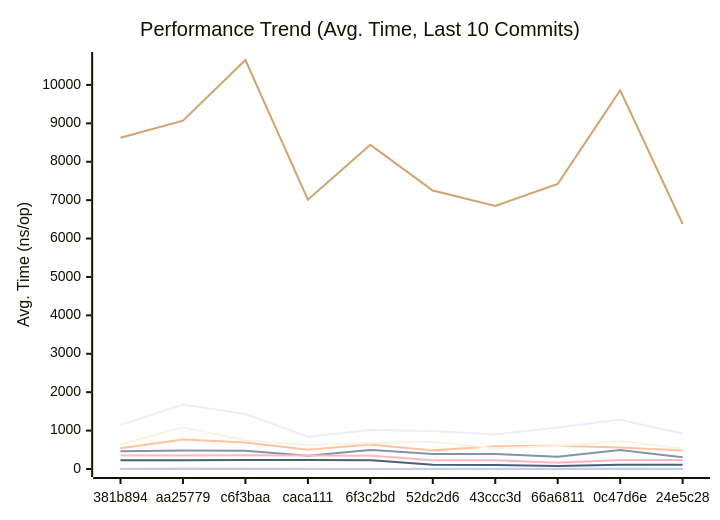
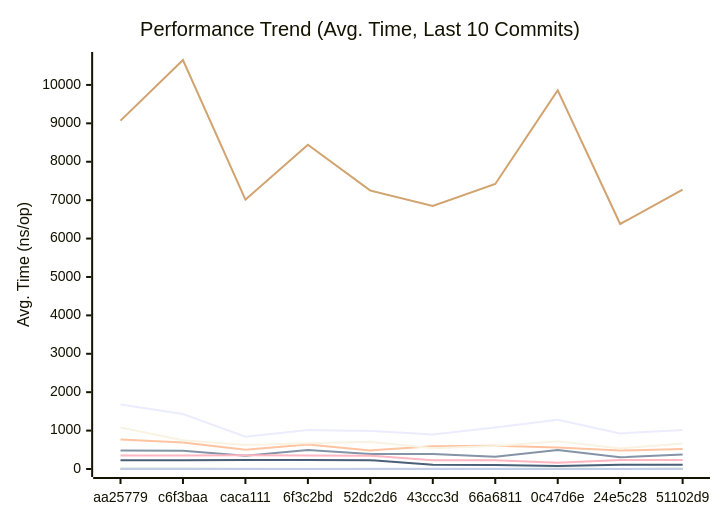
The first of 3 diagrams in docs/PERFORMANCE.md (alsotoes/momo), drawn with Mermaid before and after one commit. The commit also changed other lines of this file and 2 other files, not shown here.

````diff
--- a/docs/PERFORMANCE.md
+++ b/docs/PERFORMANCE.md
@@ -128,18 +128,18 @@
 ```mermaid
 xychart-beta
     title "Performance Trend (Avg. Time, Last 10 Commits)"
     x-axis "Commit"
     y-axis "Avg. Time (ns/op)"
-    x-axis [381b894,aa25779,c6f3baa,caca111,6f3c2bd,52dc2d6,43ccc3d,66a6811,0c47d6e,24e5c28]
-    line "CheckMetricsAndSwap" [13,17,12,10,9,10,11,13,13,9]
-    line "CrushOptimized" [462,481,472,342,495,390,390,319,494,306]
-    line "CrushOriginal" [538,771,688,503,637,485,595,606,560,480]
-    line "IndexDirectTracking" [1,0,1,0,0,0,0,0,1,0]
-    line "IndexSearch" [3,4,4,3,3,3,3,3,4,3]
-    line "LoadGlobalConfig" [8623,9070,10649,7011,8444,7250,6847,7422,9861,6379]
-    line "PadString" [3,3,3,2,3,3,3,3,3,3]
+    x-axis [aa25779,c6f3baa,caca111,6f3c2bd,52dc2d6,43ccc3d,66a6811,0c47d6e,24e5c28,51102d9]
+    line "CheckMetricsAndSwap" [17,12,10,9,10,11,13,13,9,12]
+    line "CrushOptimized" [481,472,342,495,390,390,319,494,306,375]
+    line "CrushOriginal" [771,688,503,637,485,595,606,560,480,523]
+    line "IndexDirectTracking" [0,1,0,0,0,0,0,1,0,0]
+    line "IndexSearch" [4,4,3,3,3,3,3,4,3,4]
+    line "LoadGlobalConfig" [9070,10649,7011,8444,7250,6847,7422,9861,6379,7276]
+    line "PadString" [3,3,2,3,3,3,3,3,3,2]
     line "ParseReplicationOrder_NoPrealloc" [350,349,357,354,345,225,229,165,232,234]
     line "ParseReplicationOrder_Prealloc" [229,231,237,234,229,108,107,80,110,109]
-    line "SanitizeLog/Safe" [645,1080,747,628,673,708,538,598,725,535]
-    line "SanitizeLog/Unsafe" [1147,1679,1432,841,1013,990,899,1078,1279,926]
+    line "SanitizeLog/Safe" [1080,747,628,673,708,538,598,725,535,663]
+    line "SanitizeLog/Unsafe" [1679,1432,841,1013,990,899,1078,1279,926,1017]
 ```
````
